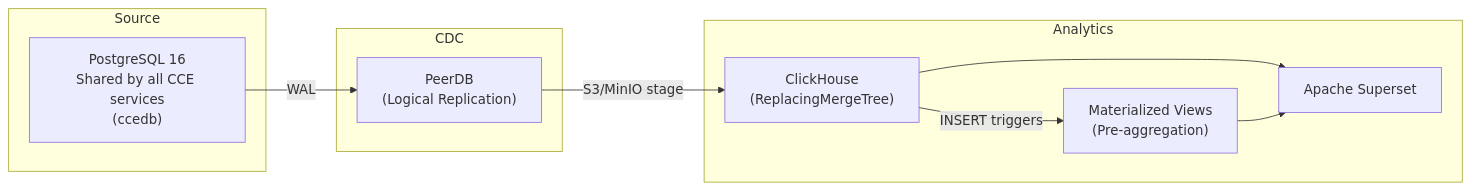
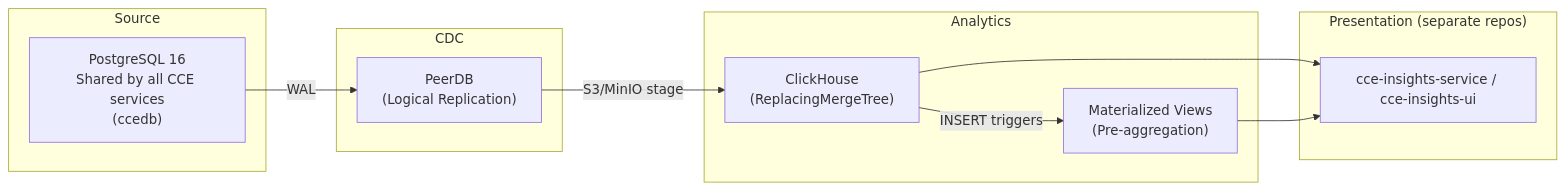
The first of 2 diagrams in docs/data-flow.md (Jayaprakash8887/cce-data-pipeline), drawn with Mermaid before and after one commit. The commit also changed other lines of this file and 36 other files, not shown here.

````diff
--- a/docs/data-flow.md
+++ b/docs/data-flow.md
@@ -7,22 +7,25 @@
 ```mermaid
 flowchart LR
     subgraph Source
         PG["PostgreSQL 16<br/>Shared by all CCE services<br/>(ccedb)"]
     end
 
     subgraph CDC
         PEER["PeerDB<br/>(Logical Replication)"]
     end
 
     subgraph Analytics
         CH["ClickHouse<br/>(ReplacingMergeTree)"]
         MV["Materialized Views<br/>(Pre-aggregation)"]
-        SS["Apache Superset"]
+    end
+
+    subgraph Presentation["Presentation (separate repos)"]
+        SVC["cce-insights-service / cce-insights-ui"]
     end
 
     PG -->|WAL| PEER
     PEER -->|S3/MinIO stage| CH
     CH -->|INSERT triggers| MV
-    CH --> SS
-    MV --> SS
+    CH --> SVC
+    MV --> SVC
 ```
````
